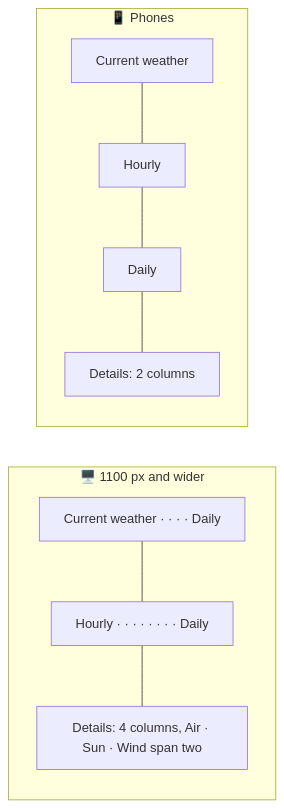
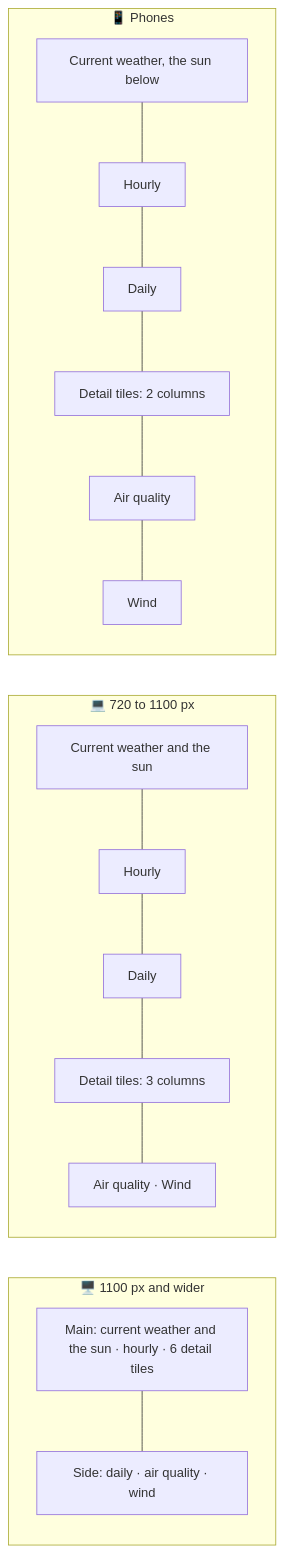
The diagram in docs/design.md (sacrificed666/next-weather-app), drawn with Mermaid before and after one commit. The commit also changed other lines of this file and 139 other files, not shown here.

````diff
--- a/docs/design.md
+++ b/docs/design.md
@@ -15,11 +15,15 @@
 ```mermaid
 flowchart LR
   subgraph Wide["🖥️ 1100 px and wider"]
     direction TB
-    W1["Current weather · · · · Daily"] --- W2["Hourly · · · · · · · · Daily"] --- W3["Details: 4 columns, Air · Sun · Wind span two"]
+    W1["Main: current weather and the sun · hourly · 6 detail tiles"] --- W2["Side: daily · air quality · wind"]
+  end
+  subgraph Tablet["💻 720 to 1100 px"]
+    direction TB
+    T1[Current weather and the sun] --- T2[Hourly] --- T3[Daily] --- T4["Detail tiles: 3 columns"] --- T5["Air quality · Wind"]
   end
   subgraph Phone["📱 Phones"]
     direction TB
-    P1[Current weather] --- P2[Hourly] --- P3[Daily] --- P4["Details: 2 columns"]
+    P1[Current weather, the sun below] --- P2[Hourly] --- P3[Daily] --- P4["Detail tiles: 2 columns"] --- P5[Air quality] --- P6[Wind]
   end
 ```
````
